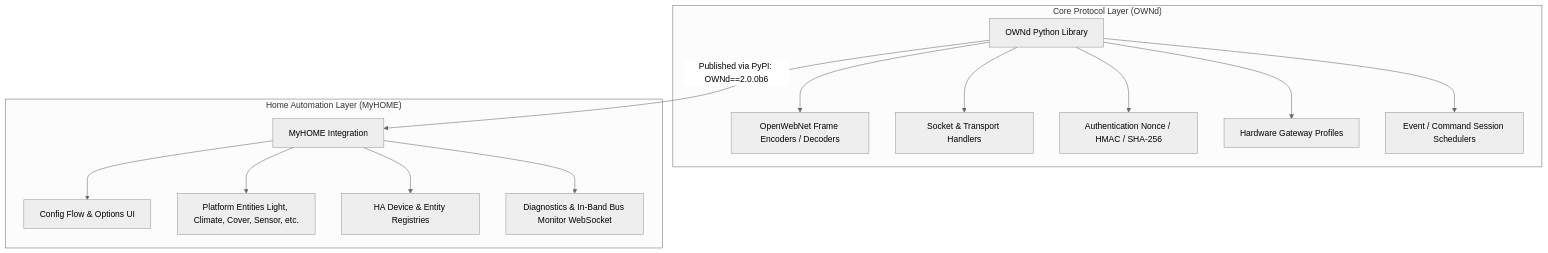
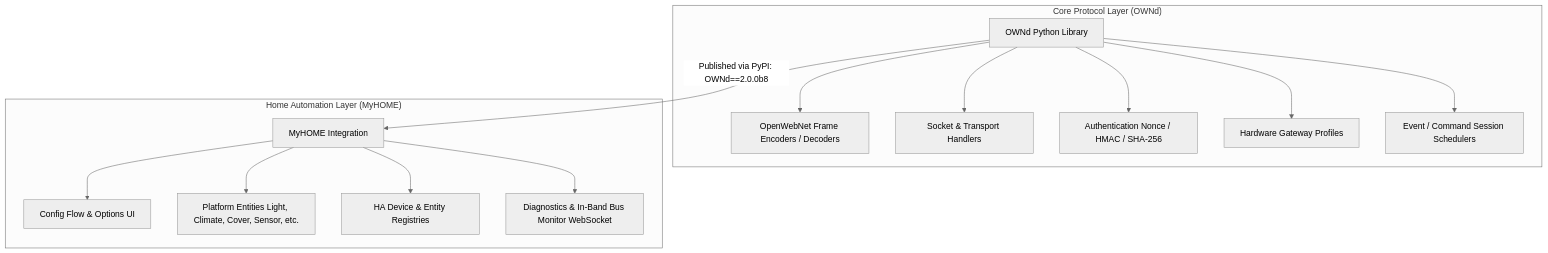
The first of 2 diagrams in docs/architecture/anti-drift-safeguards.md (GreenGrassBlueOcean/MyHOME), drawn with Mermaid (neutral theme) before and after one commit. The commit also changed other lines of this file and 11 other files, not shown here.

````diff
--- a/docs/architecture/anti-drift-safeguards.md
+++ b/docs/architecture/anti-drift-safeguards.md
@@ -11,19 +11,19 @@
 ```mermaid
 graph TD
     subgraph "Core Protocol Layer (OWNd)"
         A[OWNd Python Library] --> A1[OpenWebNet Frame Encoders / Decoders]
         A --> A2[Socket & Transport Handlers]
         A --> A3[Authentication Nonce / HMAC / SHA-256]
         A --> A4[Hardware Gateway Profiles]
         A --> A5[Event / Command Session Schedulers]
     end
 
     subgraph "Home Automation Layer (MyHOME)"
         B[MyHOME Integration] --> B1[Config Flow & Options UI]
         B --> B2[Platform Entities Light, Climate, Cover, Sensor, etc.]
         B --> B3[HA Device & Entity Registries]
         B --> B4[Diagnostics & In-Band Bus Monitor WebSocket]
     end
 
-    A -->|Published via PyPI: OWNd==2.0.0b6| B
+    A -->|Published via PyPI: OWNd==2.0.0b8| B
 ```
````
